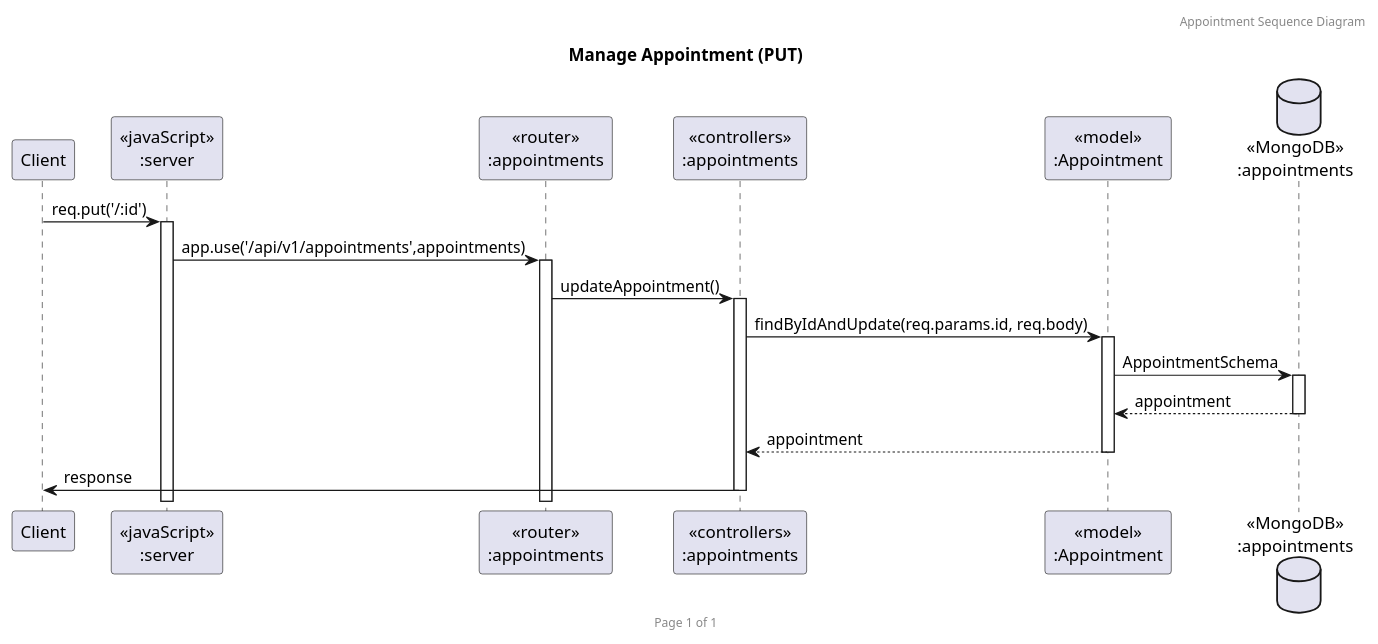
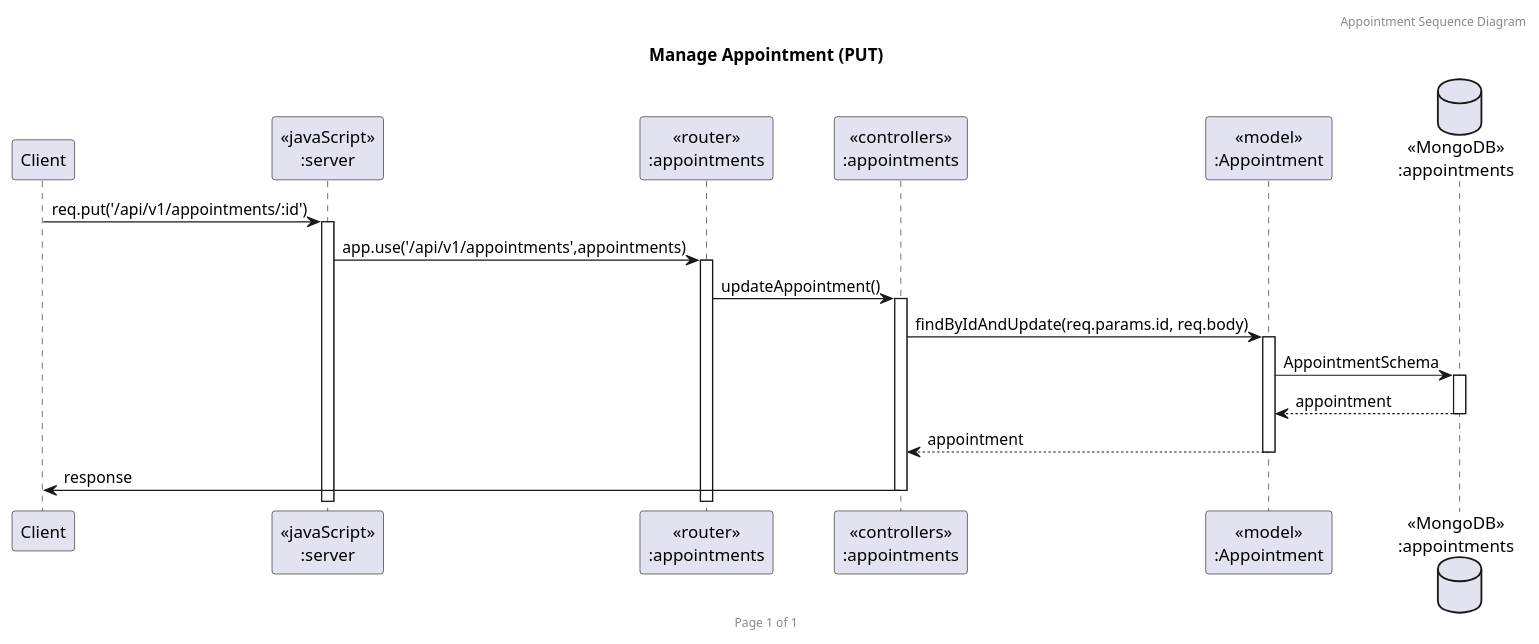
The diagram in SequenceDiagram/apptput.puml (2110503TACEDT66/presentation-day-1-privacy), drawn with PlantUML before and after one commit. The commit also changed 16 other files, not shown here.

Commit message:
edit sequenceDiagram

```diff
--- a/SequenceDiagram/apptput.puml
+++ b/SequenceDiagram/apptput.puml
@@ -1,23 +1,23 @@
 @startuml Manage Appointment (PUT)
 
 header Appointment Sequence Diagram
 footer Page %page% of %lastpage%
 title "Manage Appointment (PUT)"
 
 participant "Client" as client
 participant "<<javaScript>>\n:server" as server
 participant "<<router>>\n:appointments" as routerAppointments
 participant "<<controllers>>\n:appointments" as controllersAppointments
 participant "<<model>>\n:Appointment" as modelAppointments
 database "<<MongoDB>>\n:appointments" as AppointmentsDatabase
 
-client->server ++:req.put('/:id')
+client->server ++:req.put('/api/v1/appointments/:id')
 server->routerAppointments ++:app.use('/api/v1/appointments',appointments)
 routerAppointments -> controllersAppointments ++:updateAppointment()
 controllersAppointments->modelAppointments ++:findByIdAndUpdate(req.params.id, req.body)
 modelAppointments ->AppointmentsDatabase ++:AppointmentSchema
 AppointmentsDatabase --> modelAppointments --:appointment
 controllersAppointments <-- modelAppointments --:appointment
 controllersAppointments->client --:response
 
 @enduml
```
